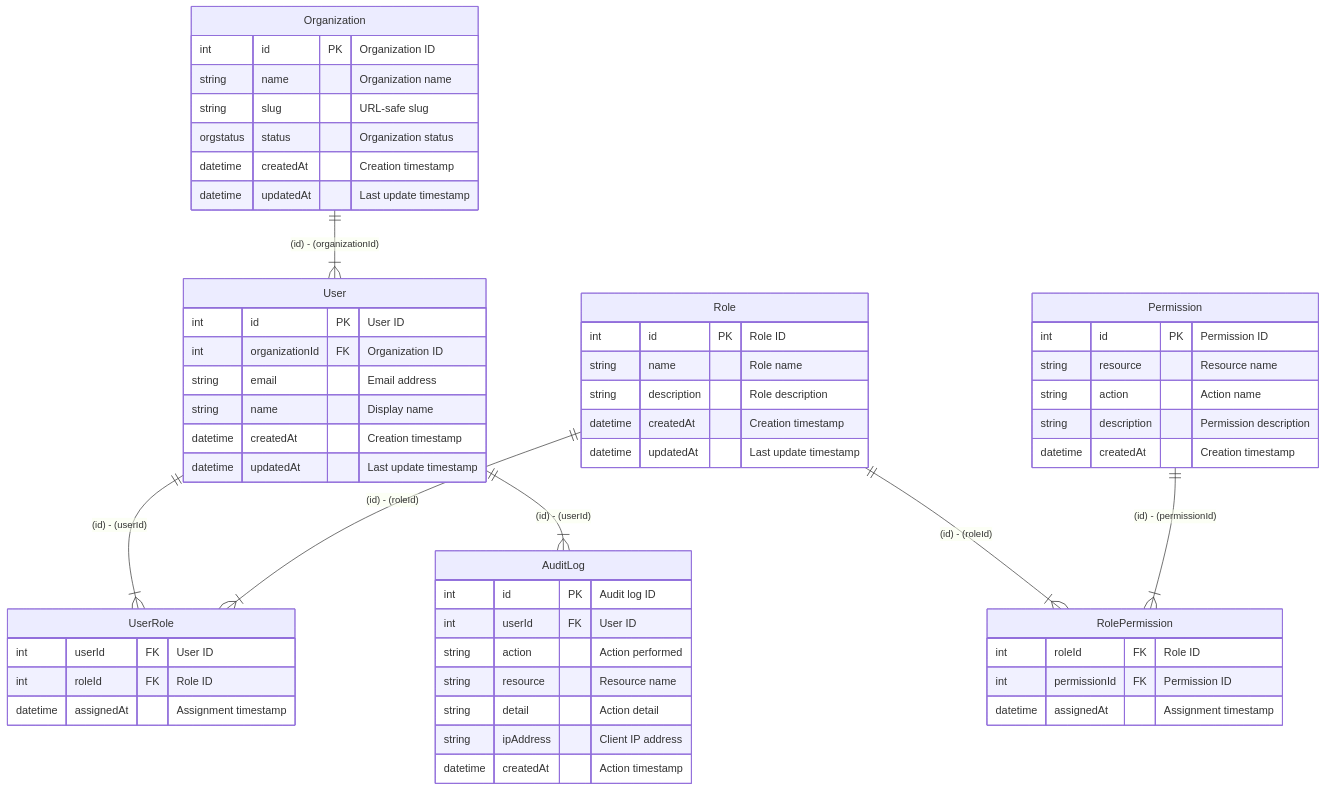
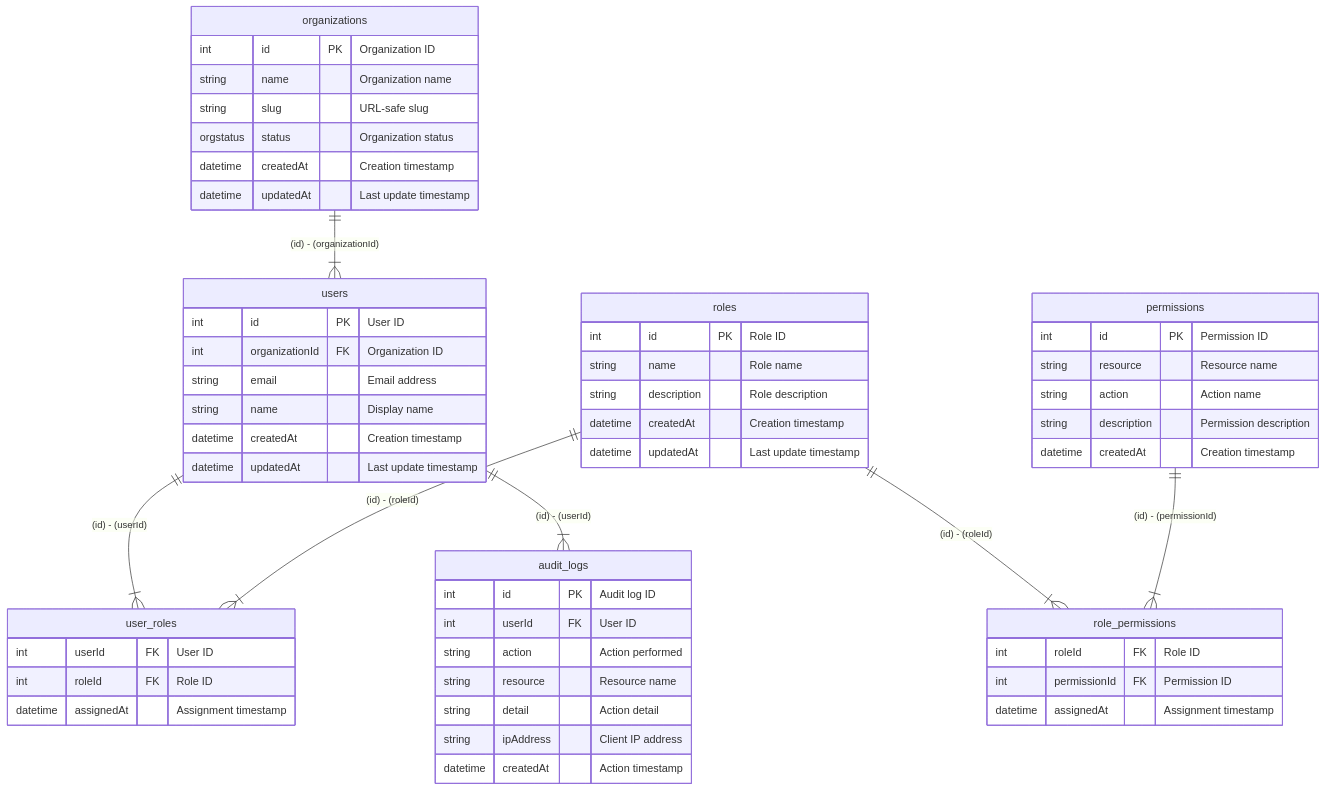
The diagram in fixtures/rbac/mermaid-er/ER.md (nakita628/hekireki), drawn with Mermaid before and after one commit. The commit also changed 10 other files, not shown here.

````diff
--- a/fixtures/rbac/mermaid-er/ER.md
+++ b/fixtures/rbac/mermaid-er/ER.md
@@ -1,58 +1,58 @@
 ```mermaid
 erDiagram
-    Organization ||--}| User : "(id) - (organizationId)"
-    User ||--}| UserRole : "(id) - (userId)"
-    Role ||--}| UserRole : "(id) - (roleId)"
-    Role ||--}| RolePermission : "(id) - (roleId)"
-    Permission ||--}| RolePermission : "(id) - (permissionId)"
-    User ||--}| AuditLog : "(id) - (userId)"
-    Organization {
+    organizations ||--}| users : "(id) - (organizationId)"
+    users ||--}| user_roles : "(id) - (userId)"
+    roles ||--}| user_roles : "(id) - (roleId)"
+    roles ||--}| role_permissions : "(id) - (roleId)"
+    permissions ||--}| role_permissions : "(id) - (permissionId)"
+    users ||--}| audit_logs : "(id) - (userId)"
+    organizations {
         int id PK "Organization ID"
         string name "Organization name"
         string slug "URL-safe slug"
         orgstatus status "Organization status"
         datetime createdAt "Creation timestamp"
         datetime updatedAt "Last update timestamp"
     }
-    User {
+    users {
         int id PK "User ID"
         int organizationId FK "Organization ID"
         string email "Email address"
         string name "Display name"
         datetime createdAt "Creation timestamp"
         datetime updatedAt "Last update timestamp"
     }
-    Role {
+    roles {
         int id PK "Role ID"
         string name "Role name"
         string description "Role description"
         datetime createdAt "Creation timestamp"
         datetime updatedAt "Last update timestamp"
     }
-    Permission {
+    permissions {
         int id PK "Permission ID"
         string resource "Resource name"
         string action "Action name"
         string description "Permission description"
         datetime createdAt "Creation timestamp"
     }
-    UserRole {
+    user_roles {
         int userId FK "User ID"
         int roleId FK "Role ID"
         datetime assignedAt "Assignment timestamp"
     }
-    RolePermission {
+    role_permissions {
         int roleId FK "Role ID"
         int permissionId FK "Permission ID"
         datetime assignedAt "Assignment timestamp"
     }
-    AuditLog {
+    audit_logs {
         int id PK "Audit log ID"
         int userId FK "User ID"
         string action "Action performed"
         string resource "Resource name"
         string detail "Action detail"
         string ipAddress "Client IP address"
         datetime createdAt "Action timestamp"
     }
 ```
````
